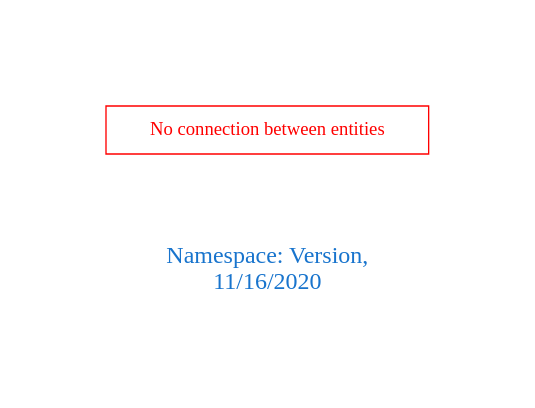
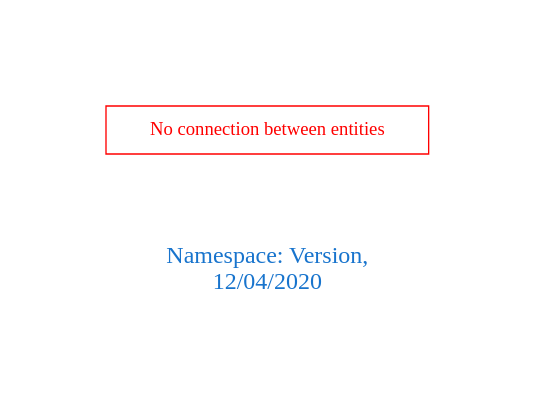
The diagram in downloads/Version.dot (arago/OGIT), drawn with Graphviz before and after one commit. The commit also changed 1822 other files, not shown here.

```diff
--- a/downloads/Version.dot
+++ b/downloads/Version.dot
@@ -1,9 +1,9 @@
 digraph OGIT_ontology {
  graph [ rankdir= LR,pad=1 
 fontsize = 18,
-fontcolor= dodgerblue3,label = "\n\n\nNamespace: Version, \n 11/16/2020"];
+fontcolor= dodgerblue3,label = "\n\n\nNamespace: Version, \n 12/04/2020"];
 node[shape=polygon];
 edge [  color="gray81"];
 
 "No connection between entities" [fontcolor = "red",color="red", shape="polygon"]
 }
```
